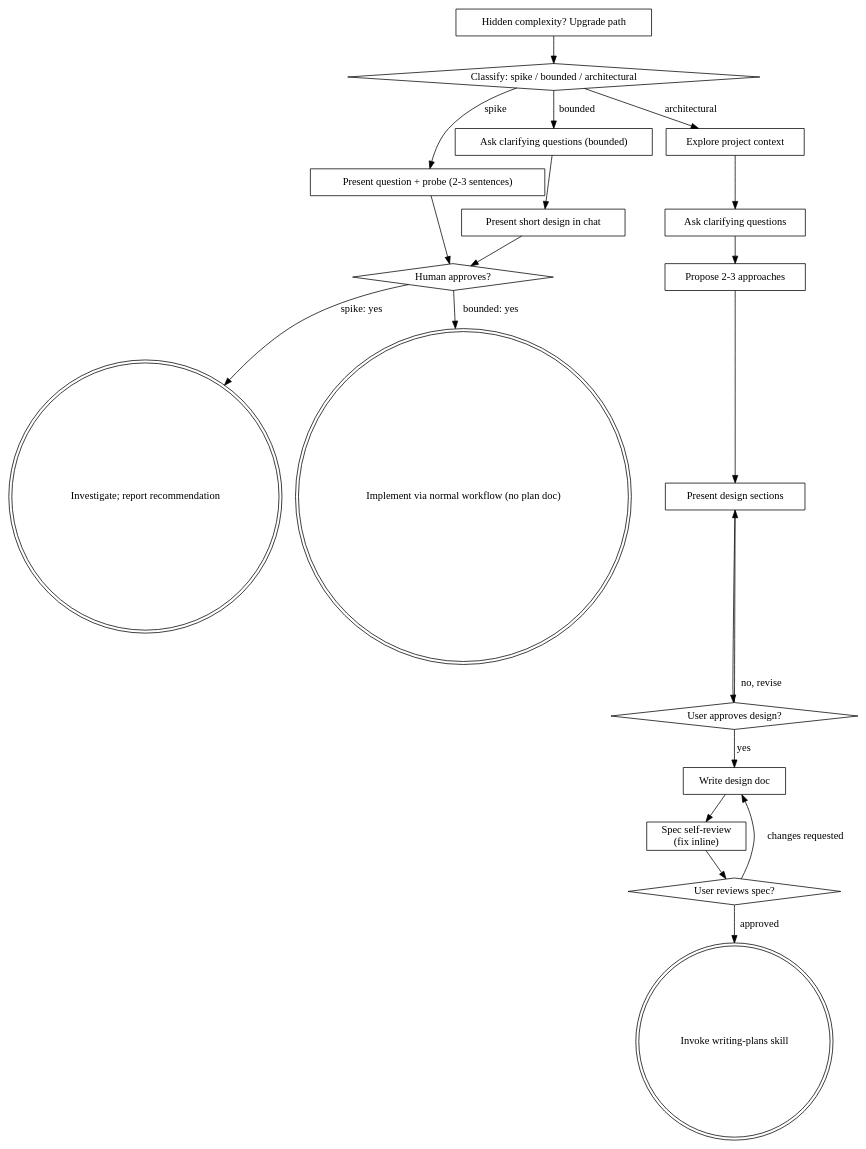
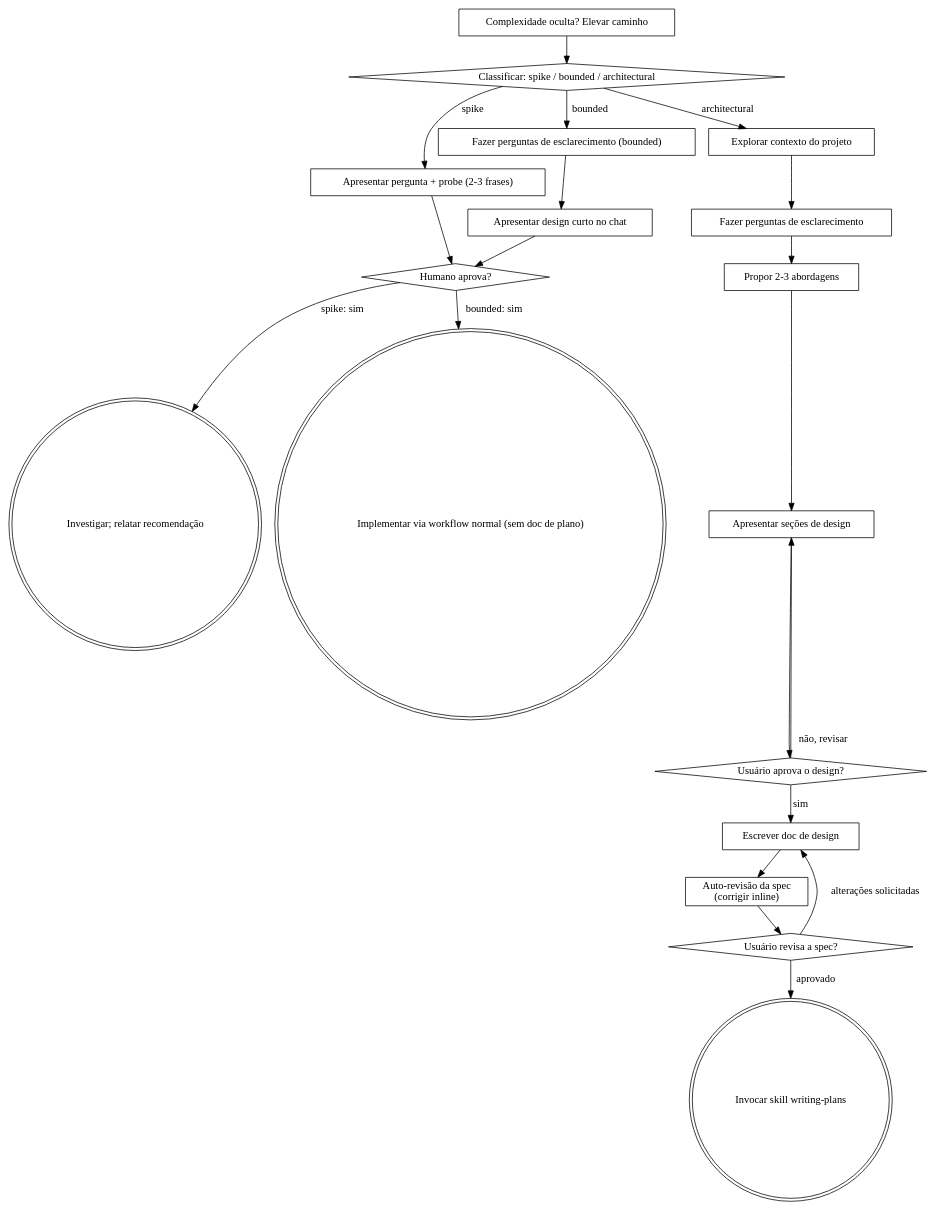
Before and after one commit to Defendi/harness: the diagram in skills/brainstorming/SKILL.md, drawn with Graphviz. The commit also changed other lines of this file and 57 other files, not shown here.

````diff
--- a/skills/brainstorming/SKILL.md
+++ b/skills/brainstorming/SKILL.md
@@ -142,41 +89,41 @@
 ```dot
 digraph brainstorming {
-    "Classify: spike / bounded / architectural" [shape=diamond];
-    "Present question + probe (2-3 sentences)" [shape=box];
-    "Ask clarifying questions (bounded)" [shape=box];
-    "Present short design in chat" [shape=box];
-    "Human approves?" [shape=diamond];
-    "Investigate; report recommendation" [shape=doublecircle];
-    "Implement via normal workflow (no plan doc)" [shape=doublecircle];
-    "Explore project context" [shape=box];
-    "Ask clarifying questions" [shape=box];
-    "Propose 2-3 approaches" [shape=box];
-    "Present design sections" [shape=box];
-    "User approves design?" [shape=diamond];
-    "Write design doc" [shape=box];
-    "Spec self-review\n(fix inline)" [shape=box];
-    "User reviews spec?" [shape=diamond];
-    "Invoke writing-plans skill" [shape=doublecircle];
-    "Hidden complexity? Upgrade path" [shape=box];
+    "Classificar: spike / bounded / architectural" [shape=diamond];
+    "Apresentar pergunta + probe (2-3 frases)" [shape=box];
+    "Fazer perguntas de esclarecimento (bounded)" [shape=box];
+    "Apresentar design curto no chat" [shape=box];
+    "Humano aprova?" [shape=diamond];
+    "Investigar; relatar recomendação" [shape=doublecircle];
+    "Implementar via workflow normal (sem doc de plano)" [shape=doublecircle];
+    "Explorar contexto do projeto" [shape=box];
+    "Fazer perguntas de esclarecimento" [shape=box];
+    "Propor 2-3 abordagens" [shape=box];
+    "Apresentar seções de design" [shape=box];
+    "Usuário aprova o design?" [shape=diamond];
+    "Escrever doc de design" [shape=box];
+    "Auto-revisão da spec\n(corrigir inline)" [shape=box];
+    "Usuário revisa a spec?" [shape=diamond];
+    "Invocar skill writing-plans" [shape=doublecircle];
+    "Complexidade oculta? Elevar caminho" [shape=box];
 
-    "Classify: spike / bounded / architectural" -> "Present question + probe (2-3 sentences)" [label="spike"];
-    "Classify: spike / bounded / architectural" -> "Ask clarifying questions (bounded)" [label="bounded"];
-    "Classify: spike / bounded / architectural" -> "Explore project context" [label="architectural"];
-    "Present question + probe (2-3 sentences)" -> "Human approves?";
-    "Ask clarifying questions (bounded)" -> "Present short design in chat";
-    "Present short design in chat" -> "Human approves?";
-    "Human approves?" -> "Investigate; report recommendation" [label="spike: yes"];
-    "Human approves?" -> "Implement via normal workflow (no plan doc)" [label="bounded: yes"];
-    "Hidden complexity? Upgrade path" -> "Classify: spike / bounded / architectural";
-    "Explore project context" -> "Ask clarifying questions";
-    "Ask clarifying questions" -> "Propose 2-3 approaches";
-    "Propose 2-3 approaches" -> "Present design sections";
-    "Present design sections" -> "User approves design?";
-    "User approves design?" -> "Present design sections" [label="no, revise"];
-    "User approves design?" -> "Write design doc" [label="yes"];
-    "Write design doc" -> "Spec self-review\n(fix inline)";
-    "Spec self-review\n(fix inline)" -> "User reviews spec?";
-    "User reviews spec?" -> "Write design doc" [label="changes requested"];
-    "User reviews spec?" -> "Invoke writing-plans skill" [label="approved"];
+    "Classificar: spike / bounded / architectural" -> "Apresentar pergunta + probe (2-3 frases)" [label="spike"];
+    "Classificar: spike / bounded / architectural" -> "Fazer perguntas de esclarecimento (bounded)" [label="bounded"];
+    "Classificar: spike / bounded / architectural" -> "Explorar contexto do projeto" [label="architectural"];
+    "Apresentar pergunta + probe (2-3 frases)" -> "Humano aprova?";
+    "Fazer perguntas de esclarecimento (bounded)" -> "Apresentar design curto no chat";
+    "Apresentar design curto no chat" -> "Humano aprova?";
+    "Humano aprova?" -> "Investigar; relatar recomendação" [label="spike: sim"];
+    "Humano aprova?" -> "Implementar via workflow normal (sem doc de plano)" [label="bounded: sim"];
+    "Complexidade oculta? Elevar caminho" -> "Classificar: spike / bounded / architectural";
+    "Explorar contexto do projeto" -> "Fazer perguntas de esclarecimento";
+    "Fazer perguntas de esclarecimento" -> "Propor 2-3 abordagens";
+    "Propor 2-3 abordagens" -> "Apresentar seções de design";
+    "Apresentar seções de design" -> "Usuário aprova o design?";
+    "Usuário aprova o design?" -> "Apresentar seções de design" [label="não, revisar"];
+    "Usuário aprova o design?" -> "Escrever doc de design" [label="sim"];
+    "Escrever doc de design" -> "Auto-revisão da spec\n(corrigir inline)";
+    "Auto-revisão da spec\n(corrigir inline)" -> "Usuário revisa a spec?";
+    "Usuário revisa a spec?" -> "Escrever doc de design" [label="alterações solicitadas"];
+    "Usuário revisa a spec?" -> "Invocar skill writing-plans" [label="aprovado"];
 }
 ```
````
